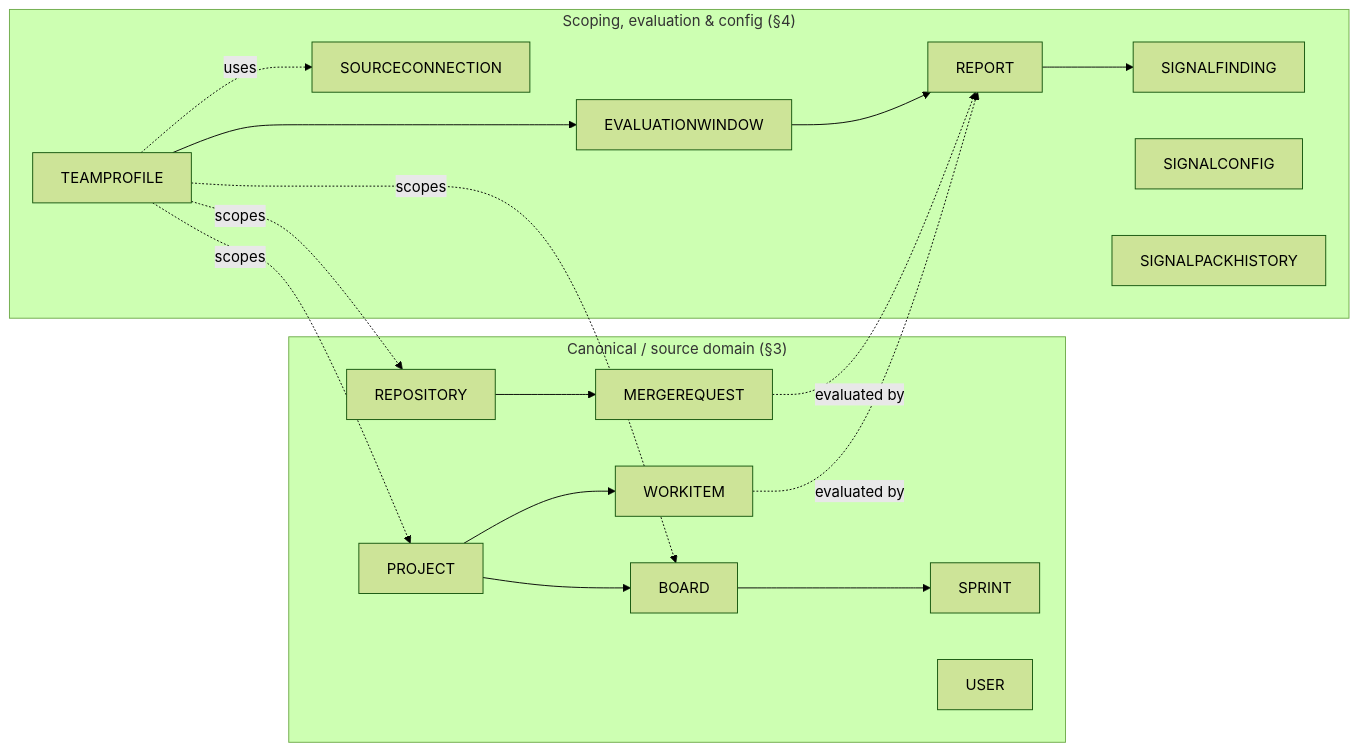
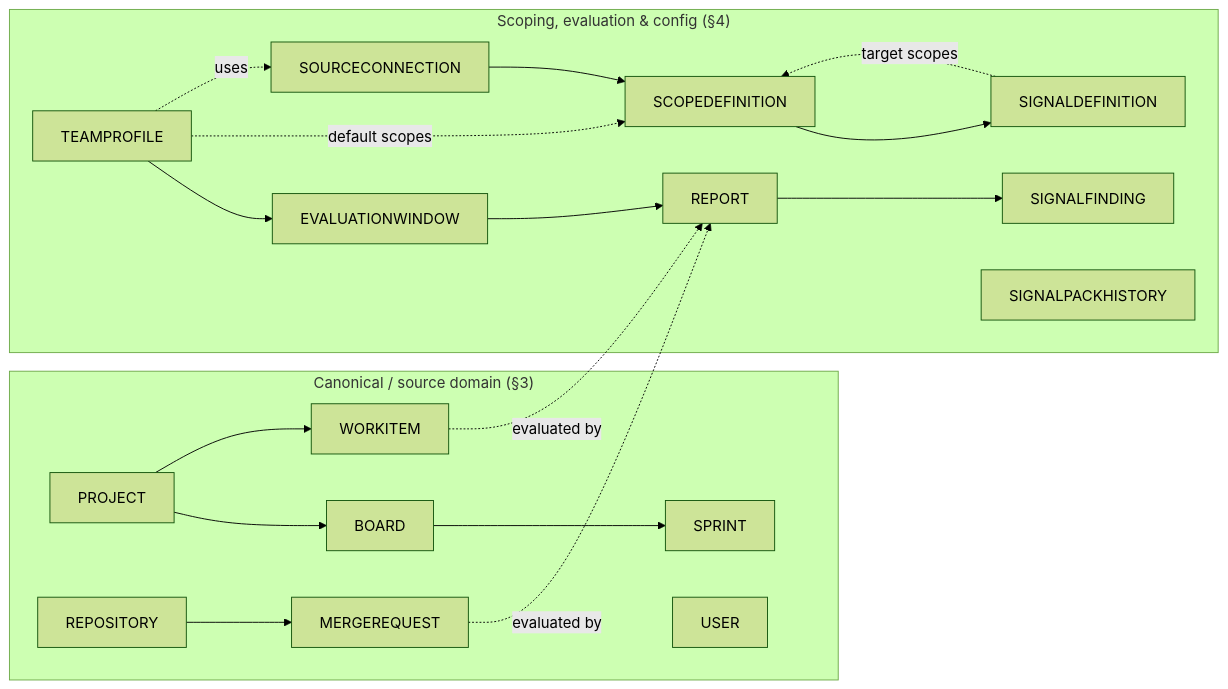
Before and after one commit to serdartas/em-radar: the first of 3 diagrams in docs/10-er-diagram.md, drawn with Mermaid (forest theme). The commit also changed other lines of this file and 9 other files, not shown here.

````diff
--- a/docs/10-er-diagram.md
+++ b/docs/10-er-diagram.md
@@ -43,21 +43,20 @@
 ```mermaid
 flowchart LR
     subgraph Source["Canonical / source domain (§3)"]
         PROJECT --> BOARD --> SPRINT
         PROJECT --> WORKITEM
         REPOSITORY --> MERGEREQUEST
         USER
     end
     subgraph Eval["Scoping, evaluation & config (§4)"]
         TEAMPROFILE --> EVALUATIONWINDOW --> REPORT --> SIGNALFINDING
-        SOURCECONNECTION
-        SIGNALCONFIG
+        SOURCECONNECTION --> SCOPEDEFINITION
+        SCOPEDEFINITION --> SIGNALDEFINITION
         SIGNALPACKHISTORY
     end
-    TEAMPROFILE -. scopes .-> PROJECT
-    TEAMPROFILE -. scopes .-> BOARD
-    TEAMPROFILE -. scopes .-> REPOSITORY
+    TEAMPROFILE -. default scopes .-> SCOPEDEFINITION
+    SIGNALDEFINITION -. target scopes .-> SCOPEDEFINITION
     TEAMPROFILE -. uses .-> SOURCECONNECTION
     WORKITEM -. evaluated by .-> REPORT
     MERGEREQUEST -. evaluated by .-> REPORT
 ```
````
